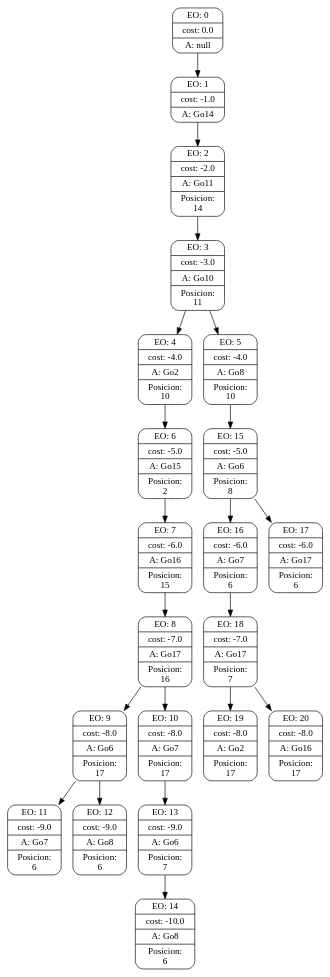
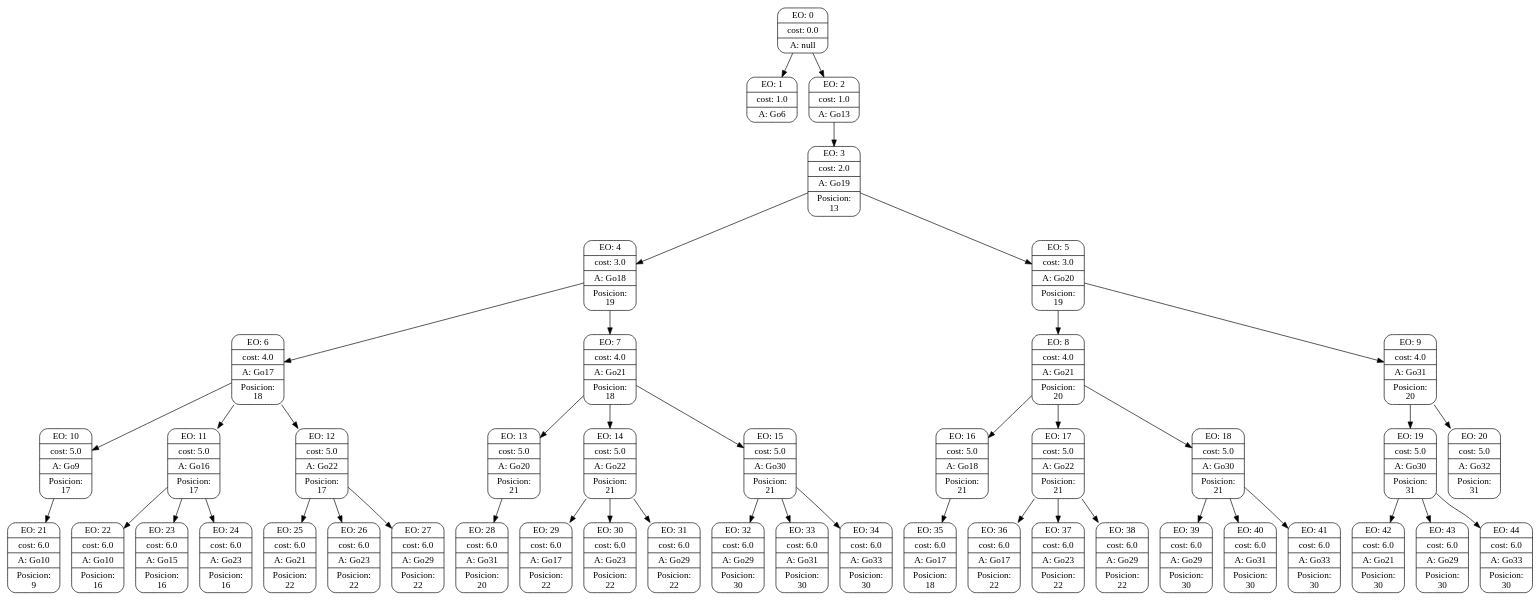
The diagram in searchGVTrees/6.dot (lniklison/TP-Inteligencia-artificial), drawn with Graphviz before and after one commit. The commit also changed 26 other files, not shown here.

```diff
--- a/searchGVTrees/6.dot
+++ b/searchGVTrees/6.dot
@@ -1,66 +1,138 @@
 digraph g {
 node [shape = Mrecord];
 nodo0[label="{EO: 0|cost: 0.0|A: null}"]
-nodo1[label="{EO: 1|cost: -1.0|A: Go14}"]
-nodo2[label="{EO: 2|cost: -2.0|A: Go11|Posicion:\n14}"]
-nodo3[label="{EO: 3|cost: -3.0|A: Go10|Posicion:\n11}"]
-nodo4[label="{EO: 4|cost: -4.0|A: Go2|Posicion:\n10}"]
-nodo6[label="{EO: 6|cost: -5.0|A: Go15|Posicion:\n2}"]
-nodo7[label="{EO: 7|cost: -6.0|A: Go16|Posicion:\n15}"]
-nodo8[label="{EO: 8|cost: -7.0|A: Go17|Posicion:\n16}"]
-nodo9[label="{EO: 9|cost: -8.0|A: Go6|Posicion:\n17}"]
-nodo11[label="{EO: 11|cost: -9.0|A: Go7|Posicion:\n6}"]
+nodo1[label="{EO: 1|cost: 1.0|A: Go6}"]
 
-nodo9 -> nodo11;
-nodo12[label="{EO: 12|cost: -9.0|A: Go8|Posicion:\n6}"]
+nodo0 -> nodo1;
+nodo2[label="{EO: 2|cost: 1.0|A: Go13}"]
+nodo3[label="{EO: 3|cost: 2.0|A: Go19|Posicion:\n13}"]
+nodo4[label="{EO: 4|cost: 3.0|A: Go18|Posicion:\n19}"]
+nodo6[label="{EO: 6|cost: 4.0|A: Go17|Posicion:\n18}"]
+nodo10[label="{EO: 10|cost: 5.0|A: Go9|Posicion:\n17}"]
+nodo21[label="{EO: 21|cost: 6.0|A: Go10|Posicion:\n9}"]
 
-nodo9 -> nodo12;
+nodo10 -> nodo21;
 
-nodo8 -> nodo9;
-nodo10[label="{EO: 10|cost: -8.0|A: Go7|Posicion:\n17}"]
-nodo13[label="{EO: 13|cost: -9.0|A: Go6|Posicion:\n7}"]
-nodo14[label="{EO: 14|cost: -10.0|A: Go8|Posicion:\n6}"]
+nodo6 -> nodo10;
+nodo11[label="{EO: 11|cost: 5.0|A: Go16|Posicion:\n17}"]
+nodo22[label="{EO: 22|cost: 6.0|A: Go10|Posicion:\n16}"]
 
-nodo13 -> nodo14;
+nodo11 -> nodo22;
+nodo23[label="{EO: 23|cost: 6.0|A: Go15|Posicion:\n16}"]
 
-nodo10 -> nodo13;
+nodo11 -> nodo23;
+nodo24[label="{EO: 24|cost: 6.0|A: Go23|Posicion:\n16}"]
 
-nodo8 -> nodo10;
+nodo11 -> nodo24;
 
-nodo7 -> nodo8;
+nodo6 -> nodo11;
+nodo12[label="{EO: 12|cost: 5.0|A: Go22|Posicion:\n17}"]
+nodo25[label="{EO: 25|cost: 6.0|A: Go21|Posicion:\n22}"]
 
-nodo6 -> nodo7;
+nodo12 -> nodo25;
+nodo26[label="{EO: 26|cost: 6.0|A: Go23|Posicion:\n22}"]
+
+nodo12 -> nodo26;
+nodo27[label="{EO: 27|cost: 6.0|A: Go29|Posicion:\n22}"]
+
+nodo12 -> nodo27;
+
+nodo6 -> nodo12;
 
 nodo4 -> nodo6;
+nodo7[label="{EO: 7|cost: 4.0|A: Go21|Posicion:\n18}"]
+nodo13[label="{EO: 13|cost: 5.0|A: Go20|Posicion:\n21}"]
+nodo28[label="{EO: 28|cost: 6.0|A: Go31|Posicion:\n20}"]
+
+nodo13 -> nodo28;
+
+nodo7 -> nodo13;
+nodo14[label="{EO: 14|cost: 5.0|A: Go22|Posicion:\n21}"]
+nodo29[label="{EO: 29|cost: 6.0|A: Go17|Posicion:\n22}"]
+
+nodo14 -> nodo29;
+nodo30[label="{EO: 30|cost: 6.0|A: Go23|Posicion:\n22}"]
+
+nodo14 -> nodo30;
+nodo31[label="{EO: 31|cost: 6.0|A: Go29|Posicion:\n22}"]
+
+nodo14 -> nodo31;
+
+nodo7 -> nodo14;
+nodo15[label="{EO: 15|cost: 5.0|A: Go30|Posicion:\n21}"]
+nodo32[label="{EO: 32|cost: 6.0|A: Go29|Posicion:\n30}"]
+
+nodo15 -> nodo32;
+nodo33[label="{EO: 33|cost: 6.0|A: Go31|Posicion:\n30}"]
+
+nodo15 -> nodo33;
+nodo34[label="{EO: 34|cost: 6.0|A: Go33|Posicion:\n30}"]
+
+nodo15 -> nodo34;
+
+nodo7 -> nodo15;
+
+nodo4 -> nodo7;
 
 nodo3 -> nodo4;
-nodo5[label="{EO: 5|cost: -4.0|A: Go8|Posicion:\n10}"]
-nodo15[label="{EO: 15|cost: -5.0|A: Go6|Posicion:\n8}"]
-nodo16[label="{EO: 16|cost: -6.0|A: Go7|Posicion:\n6}"]
-nodo18[label="{EO: 18|cost: -7.0|A: Go17|Posicion:\n7}"]
-nodo19[label="{EO: 19|cost: -8.0|A: Go2|Posicion:\n17}"]
+nodo5[label="{EO: 5|cost: 3.0|A: Go20|Posicion:\n19}"]
+nodo8[label="{EO: 8|cost: 4.0|A: Go21|Posicion:\n20}"]
+nodo16[label="{EO: 16|cost: 5.0|A: Go18|Posicion:\n21}"]
+nodo35[label="{EO: 35|cost: 6.0|A: Go17|Posicion:\n18}"]
 
-nodo18 -> nodo19;
-nodo20[label="{EO: 20|cost: -8.0|A: Go16|Posicion:\n17}"]
+nodo16 -> nodo35;
 
-nodo18 -> nodo20;
+nodo8 -> nodo16;
+nodo17[label="{EO: 17|cost: 5.0|A: Go22|Posicion:\n21}"]
+nodo36[label="{EO: 36|cost: 6.0|A: Go17|Posicion:\n22}"]
 
-nodo16 -> nodo18;
+nodo17 -> nodo36;
+nodo37[label="{EO: 37|cost: 6.0|A: Go23|Posicion:\n22}"]
 
-nodo15 -> nodo16;
-nodo17[label="{EO: 17|cost: -6.0|A: Go17|Posicion:\n6}"]
+nodo17 -> nodo37;
+nodo38[label="{EO: 38|cost: 6.0|A: Go29|Posicion:\n22}"]
 
-nodo15 -> nodo17;
+nodo17 -> nodo38;
 
-nodo5 -> nodo15;
+nodo8 -> nodo17;
+nodo18[label="{EO: 18|cost: 5.0|A: Go30|Posicion:\n21}"]
+nodo39[label="{EO: 39|cost: 6.0|A: Go29|Posicion:\n30}"]
+
+nodo18 -> nodo39;
+nodo40[label="{EO: 40|cost: 6.0|A: Go31|Posicion:\n30}"]
+
+nodo18 -> nodo40;
+nodo41[label="{EO: 41|cost: 6.0|A: Go33|Posicion:\n30}"]
+
+nodo18 -> nodo41;
+
+nodo8 -> nodo18;
+
+nodo5 -> nodo8;
+nodo9[label="{EO: 9|cost: 4.0|A: Go31|Posicion:\n20}"]
+nodo19[label="{EO: 19|cost: 5.0|A: Go30|Posicion:\n31}"]
+nodo42[label="{EO: 42|cost: 6.0|A: Go21|Posicion:\n30}"]
+
+nodo19 -> nodo42;
+nodo43[label="{EO: 43|cost: 6.0|A: Go29|Posicion:\n30}"]
+
+nodo19 -> nodo43;
+nodo44[label="{EO: 44|cost: 6.0|A: Go33|Posicion:\n30}"]
+
+nodo19 -> nodo44;
+
+nodo9 -> nodo19;
+nodo20[label="{EO: 20|cost: 5.0|A: Go32|Posicion:\n31}"]
+
+nodo9 -> nodo20;
+
+nodo5 -> nodo9;
 
 nodo3 -> nodo5;
 
 nodo2 -> nodo3;
 
-nodo1 -> nodo2;
-
-nodo0 -> nodo1;
+nodo0 -> nodo2;
 
 
 }
```
